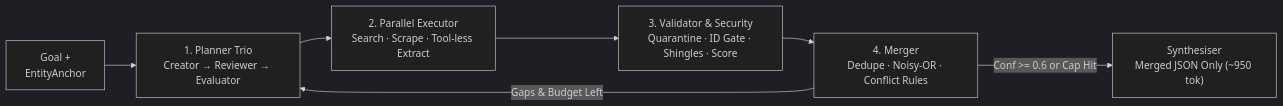
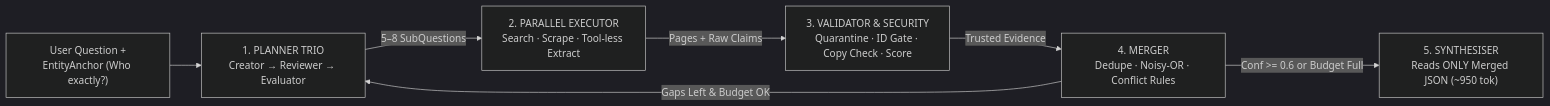
One commit to pankajspace/ai-bootcamp changed the first of 2 diagrams in study-material/03-deep-search-agent/QUICK_REVISION.md. Above: the diagram before and after it, drawn with Mermaid (dark theme). The commit also changed other lines of this file and 2 other files, not shown here.

````diff
--- a/study-material/03-deep-search-agent/QUICK_REVISION.md
+++ b/study-material/03-deep-search-agent/QUICK_REVISION.md
@@ -16,9 +22,9 @@
 ```mermaid
 flowchart LR
-    G["Goal +\nEntityAnchor"] --> P["1. Planner Trio\nCreator → Reviewer → Evaluator"]
-    P --> E["2. Parallel Executor\nSearch · Scrape · Tool-less Extract"]
-    E --> V["3. Validator & Security\nQuarantine · ID Gate · Shingles · Score"]
-    V --> M["4. Merger\nDedupe · Noisy-OR · Conflict Rules"]
-    M -- "Gaps & Budget Left" --> P
-    M -- "Conf >= 0.6 or Cap Hit" --> S["Synthesiser\nMerged JSON Only (~950 tok)"]
+    U["User Question +\nEntityAnchor (Who exactly?)"] --> P["1. PLANNER TRIO\nCreator → Reviewer → Evaluator"]
+    P -- "5–8 SubQuestions" --> E["2. PARALLEL EXECUTOR\nSearch · Scrape · Tool-less Extract"]
+    E -- "Pages + Raw Claims" --> V["3. VALIDATOR & SECURITY\nQuarantine · ID Gate · Copy Check · Score"]
+    V -- "Trusted Evidence" --> M["4. MERGER\nDedupe · Noisy-OR · Conflict Rules"]
+    M -- "Gaps Left & Budget OK" --> P
+    M -- "Conf >= 0.6 or Budget Full" --> S["5. SYNTHESISER\nReads ONLY Merged JSON (~950 tok)"]
 ```
````
